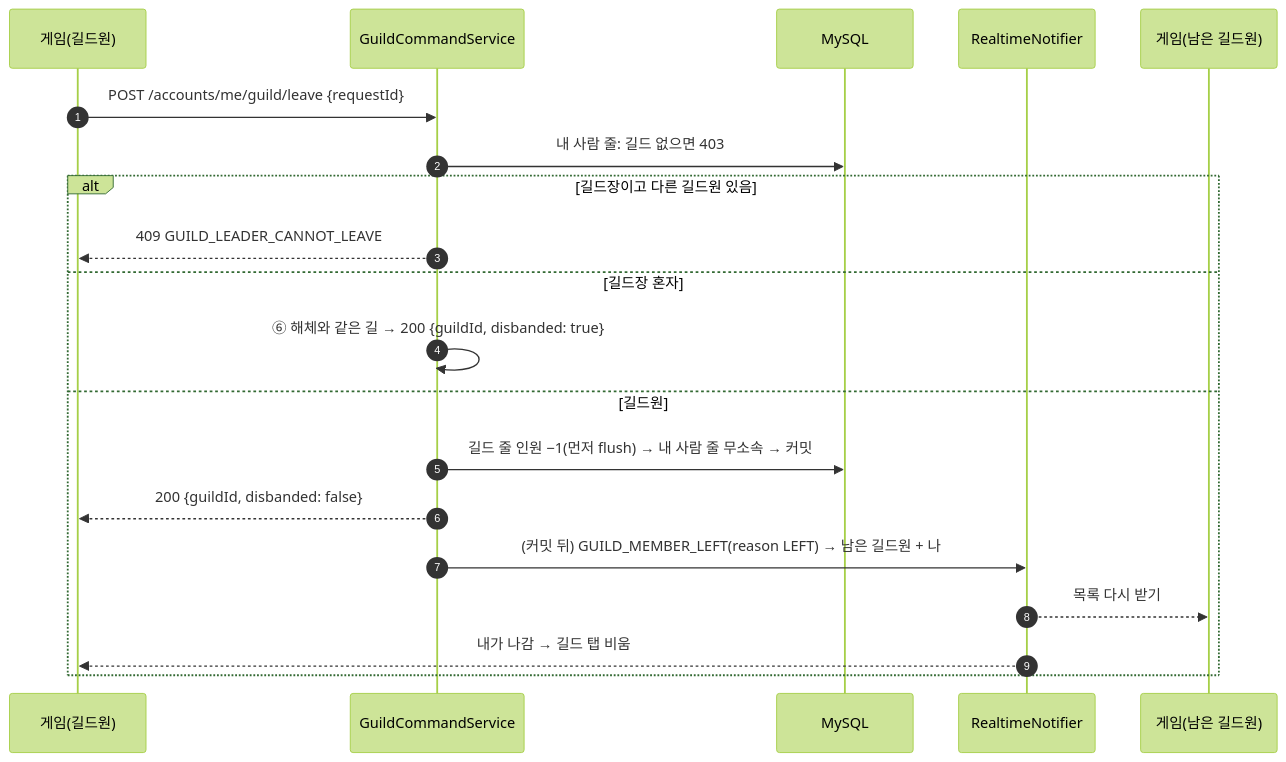
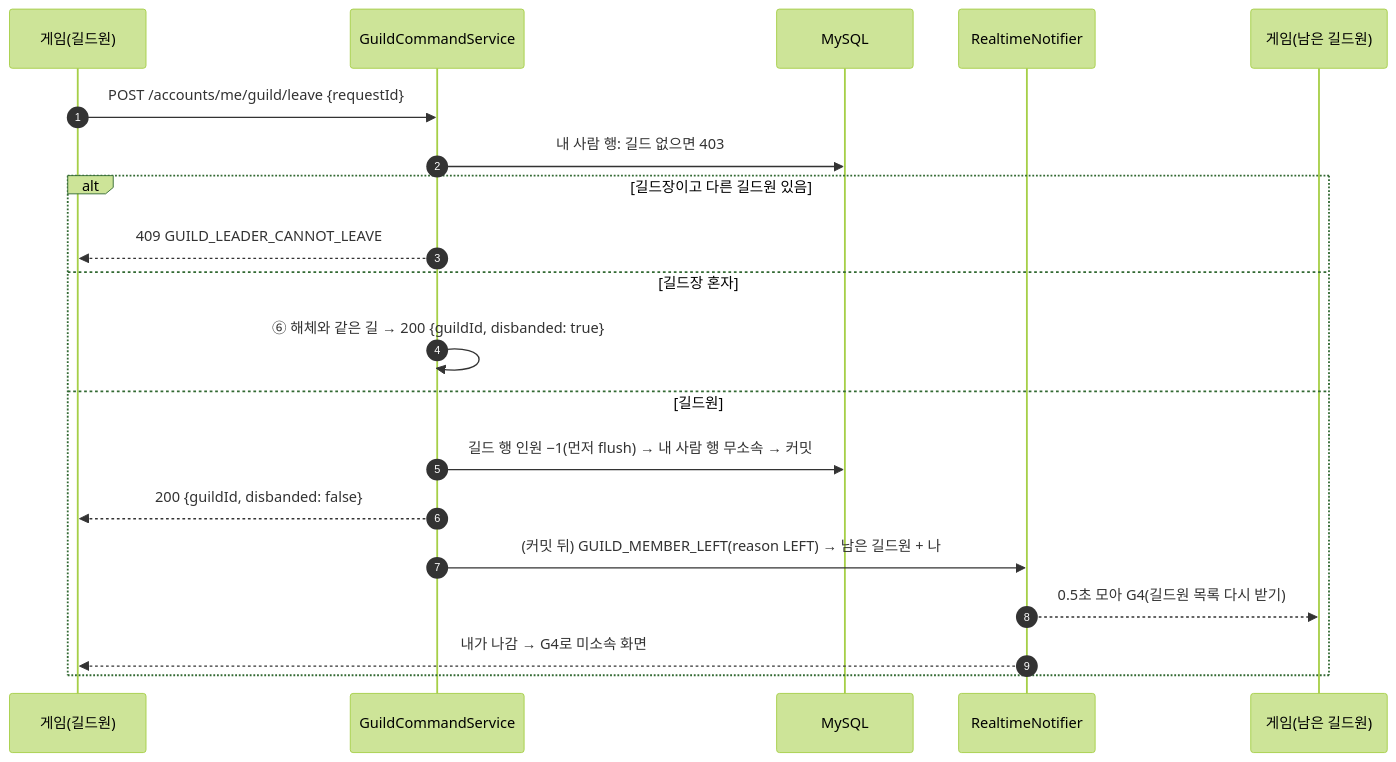
The fifth of 8 diagrams in docs/flows/guild.md (NBCGameServerCamp09Team01/PW01), drawn with Mermaid (forest theme) before and after one commit. The commit also changed other lines of this file and 6 other files, not shown here.

````diff
--- a/docs/flows/guild.md
+++ b/docs/flows/guild.md
@@ -132,23 +136,23 @@
 ```mermaid
 sequenceDiagram
   autonumber
   participant GM as 게임(길드원)
   participant S as GuildCommandService
   participant DB as MySQL
   participant N as RealtimeNotifier
   participant GO as 게임(남은 길드원)
 
   GM->>S: POST /accounts/me/guild/leave {requestId}
-  S->>DB: 내 사람 줄: 길드 없으면 403
+  S->>DB: 내 사람 행: 길드 없으면 403
   alt 길드장이고 다른 길드원 있음
     S-->>GM: 409 GUILD_LEADER_CANNOT_LEAVE
   else 길드장 혼자
     S->>S: ⑥ 해체와 같은 길 → 200 {guildId, disbanded: true}
   else 길드원
-    S->>DB: 길드 줄 인원 −1(먼저 flush) → 내 사람 줄 무소속 → 커밋
+    S->>DB: 길드 행 인원 −1(먼저 flush) → 내 사람 행 무소속 → 커밋
     S-->>GM: 200 {guildId, disbanded: false}
     S->>N: (커밋 뒤) GUILD_MEMBER_LEFT(reason LEFT) → 남은 길드원 + 나
-    N-->>GO: 목록 다시 받기
-    N-->>GM: 내가 나감 → 길드 탭 비움
+    N-->>GO: 0.5초 모아 G4(길드원 목록 다시 받기)
+    N-->>GM: 내가 나감 → G4로 미소속 화면
   end
 ```
````
